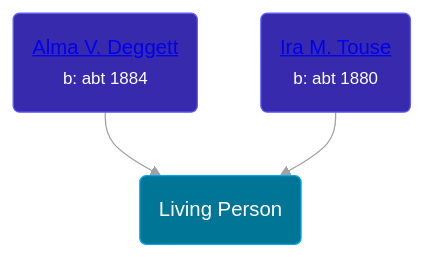
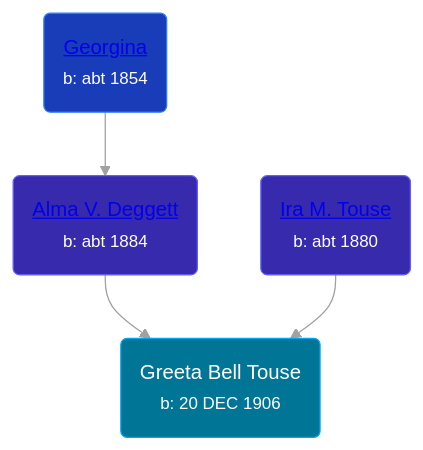
One commit to wpmgotkh/wpmgotkh.github.io changed the diagram in pages/people/6/61135838.md. Above: the diagram before and after it, drawn with Mermaid (base theme). The commit also changed other lines of this file and 56 other files, not shown here.

````diff
--- a/pages/people/6/61135838.md
+++ b/pages/people/6/61135838.md
@@ -10,10 +11,11 @@
 ```mermaid
 graph
 classDef grands fill:#193cb8,stroke:#2b7fff,stroke-width:1px,color:#fff;
 classDef parents fill:#372aac,stroke:#615fff,stroke-width:1px,color:#fff;
 classDef primary fill:#007595,stroke:#00a6f4,stroke-width:1px,color:#fff;
-61135838(Living Person):::primary
+61135838(Greeta Bell Touse<br /><small>b: 20 DEC 1906</small>):::primary
 42271632(<a class="text-white" href="/people/4/42271632">Alma V. Deggett</a><br /><small>b: abt 1884</small>):::parents-->61135838
+20682980(<a class="text-white" href="/people/2/20682980">Georgina </a><br /><small>b: abt 1854</small>):::grands-->42271632
 43588740(<a class="text-white" href="/people/4/43588740">Ira M. Touse</a><br /><small>b: abt 1880</small>):::parents-->61135838
 linkStyle default stroke:#a1a1a1
 ```
````
